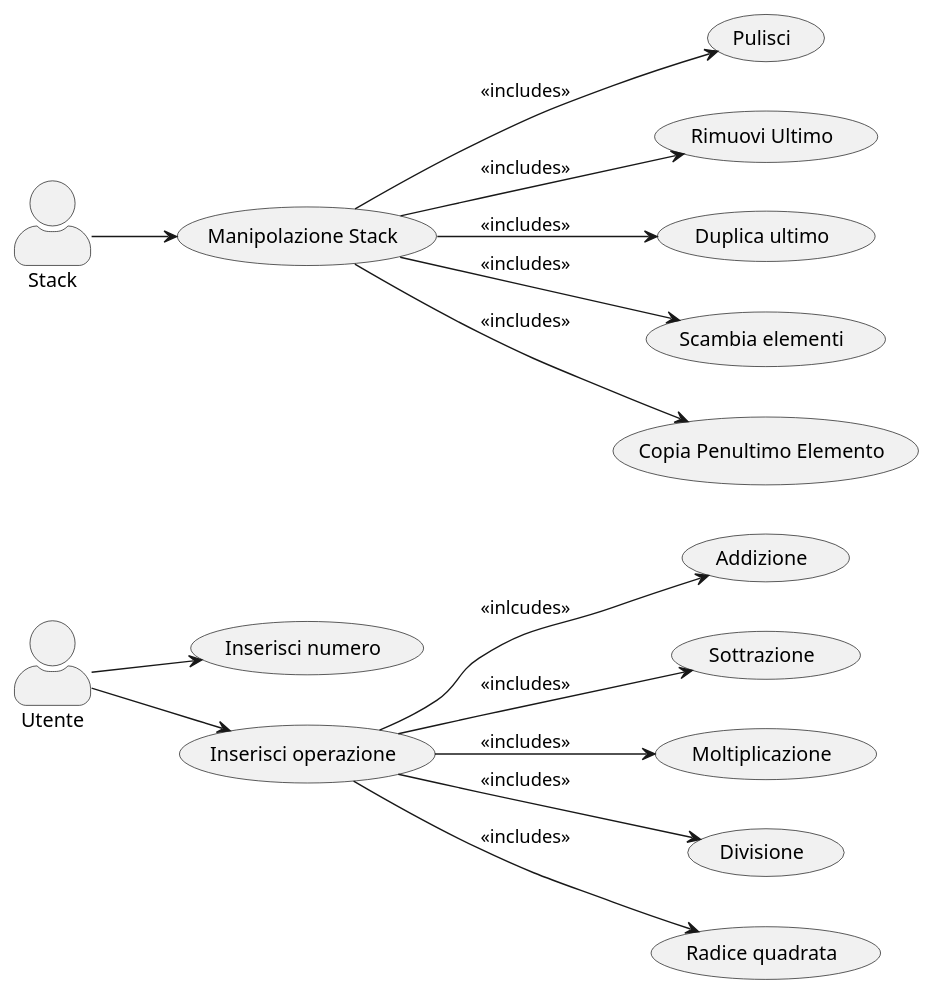
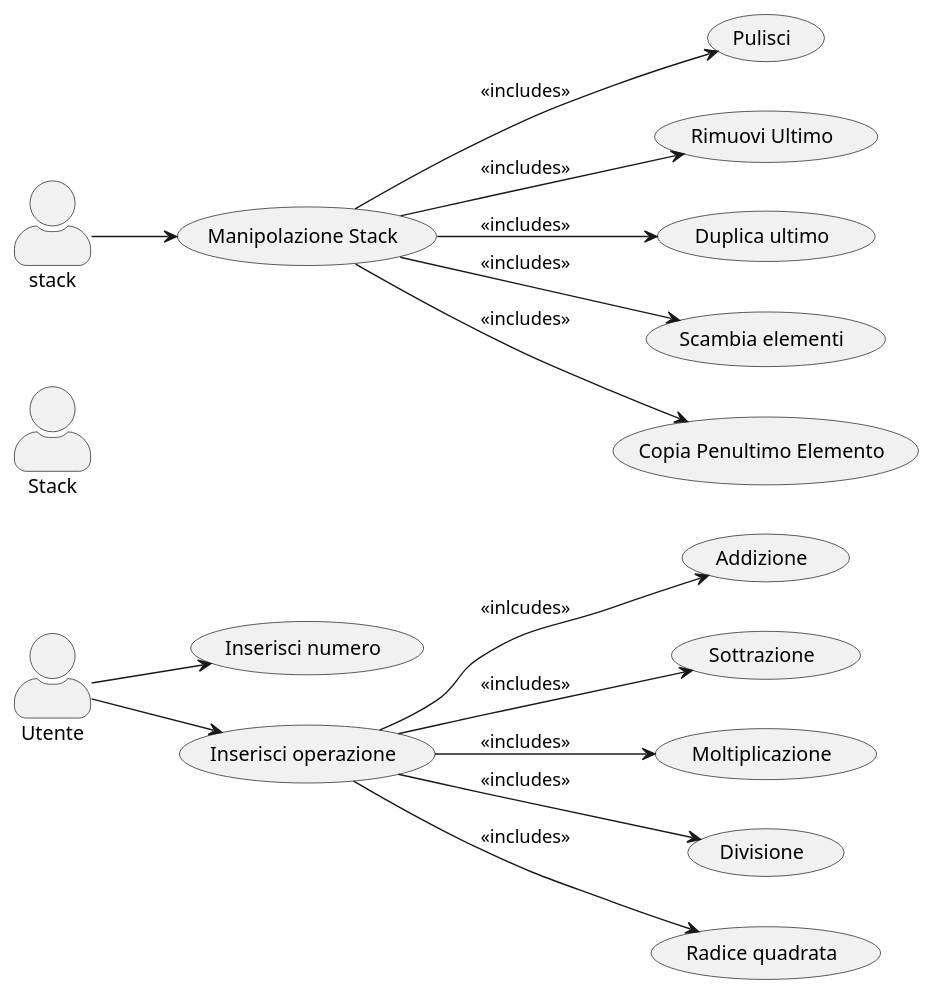
One commit to LuciaNancyLavista/Gruppo06_software_eng_L.I.V.P changed the diagram in CalcolatriceProgrammabile/UseCaseDiagramm/Usecasecal.puml. Above: the diagram before and after it, drawn with PlantUML.

Commit message:
Aggiornamento usecase diagramm
Stack scritto con la lettera maiuscola per una maggiore comprensione grammaticale

```diff
--- a/CalcolatriceProgrammabile/UseCaseDiagramm/Usecasecal.puml
+++ b/CalcolatriceProgrammabile/UseCaseDiagramm/Usecasecal.puml
@@ -1,40 +1,42 @@
 @startuml calcolatrice
 skinparam actorStyle awesome
 left to right direction
 
 actor "Utente" as user 
-actor "Stack" as stack 
+actor "Stack" as Stack 
+
 
 
 usecase "Inserisci numero" as inserisci
 usecase "Inserisci operazione" as operazione
 usecase "Addizione" as add 
 usecase "Sottrazione" as minus
 usecase "Moltiplicazione" as multiply
 usecase "Divisione" as division
 usecase "Radice quadrata" as sqrt 
 
 usecase "Manipolazione Stack" as manipolazione
 usecase "Pulisci" as clear
 usecase "Rimuovi Ultimo" as drop
 usecase "Duplica ultimo" as dup
 usecase "Scambia elementi" as swap
 usecase "Copia Penultimo Elemento" as over 
 
 user  --> operazione
 user --> inserisci 
 operazione --> add : <<inlcudes>>
 operazione --> minus : <<includes>>
 operazione --> multiply : <<includes>>
 operazione --> division : <<includes>>
 operazione --> sqrt : <<includes>>
 
 
 stack --> manipolazione 
 manipolazione --> clear : <<includes>>
 manipolazione --> drop : <<includes>>
 manipolazione --> dup : <<includes>>
 manipolazione --> swap : <<includes>>
 manipolazione -->over : <<includes>>
 
+
 @enduml
```
